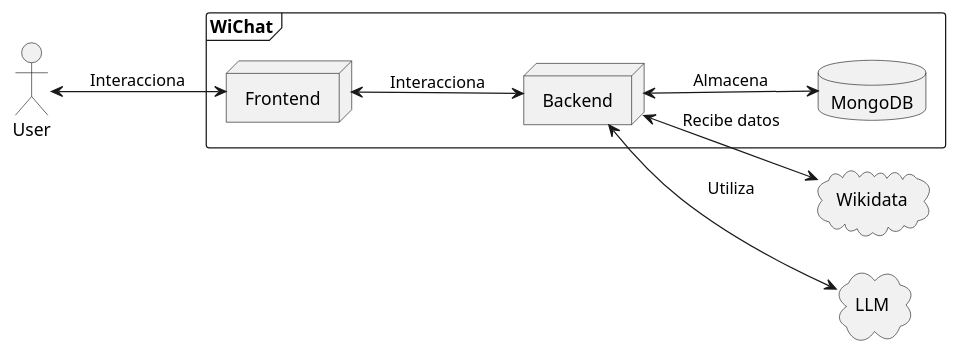
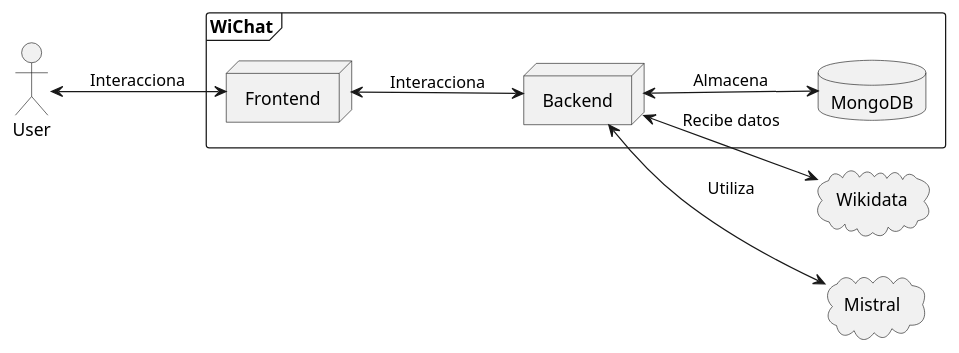
One commit to Arquisoft/wichat_es5b changed the second of 3 diagrams in docs/src/05_building_block_view.adoc. Above: the diagram before and after it, drawn with PlantUML. The commit also changed other lines of this file, not shown here.

```diff
--- a/docs/src/05_building_block_view.adoc
+++ b/docs/src/05_building_block_view.adoc
@@ -117,33 +117,33 @@
 [plantuml,"Nivel 2",png]
 ----
 @startuml
 skinparam monochrome true
 left to right direction
 
 actor "User"
 
 frame "WiChat" {
     node "Frontend" {
     }
 
     node "Backend" {
     }
 
     database "MongoDB" {
     }
 }
 
 cloud "Wikidata" {
 }
 
-cloud "LLM" {
+cloud "Mistral" {
 }
 
 "User" <--> "Frontend" : Interacciona
 "Frontend"<--> "Backend" : Interacciona
 "Backend" <--> "MongoDB" : Almacena
 "Backend" <-down-> "Wikidata" : Recibe datos
-"Backend" <-down-> "LLM" : Utiliza
+"Backend" <-down-> "Mistral" : Utiliza
 
 @enduml
 ----
```
